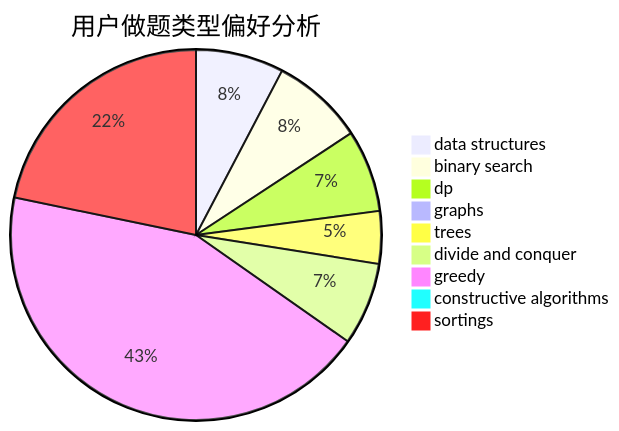
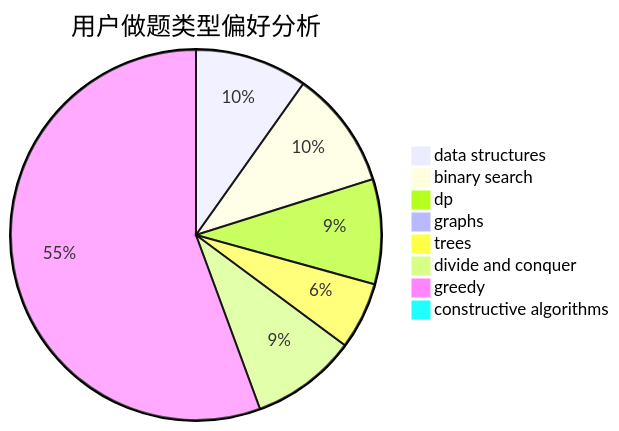
Before and after one commit to sherpahu/cfrs.github.io: the second of 3 diagrams in docs/user/u548.md, drawn with Mermaid. The commit also changed other lines of this file and 2769 other files, not shown here.

````diff
--- a/docs/user/u548.md
+++ b/docs/user/u548.md
@@ -18,12 +18,11 @@
 ```mermaid
 pie title 用户做题类型偏好分析
     "data structures" :  119
     "binary search" :  125
     "dp" :  111
     "graphs" :  10
     "trees" :  71
     "divide and conquer" :  112
     "greedy" :  674
     "constructive algorithms" :  2
-    "sortings" :  337
 ```
````
